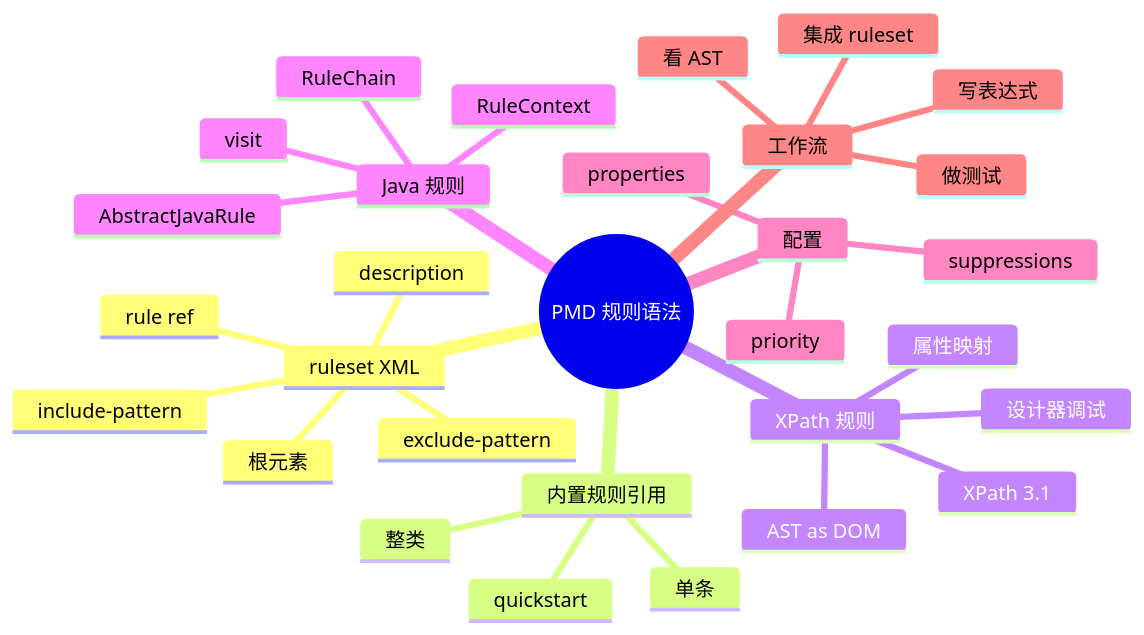
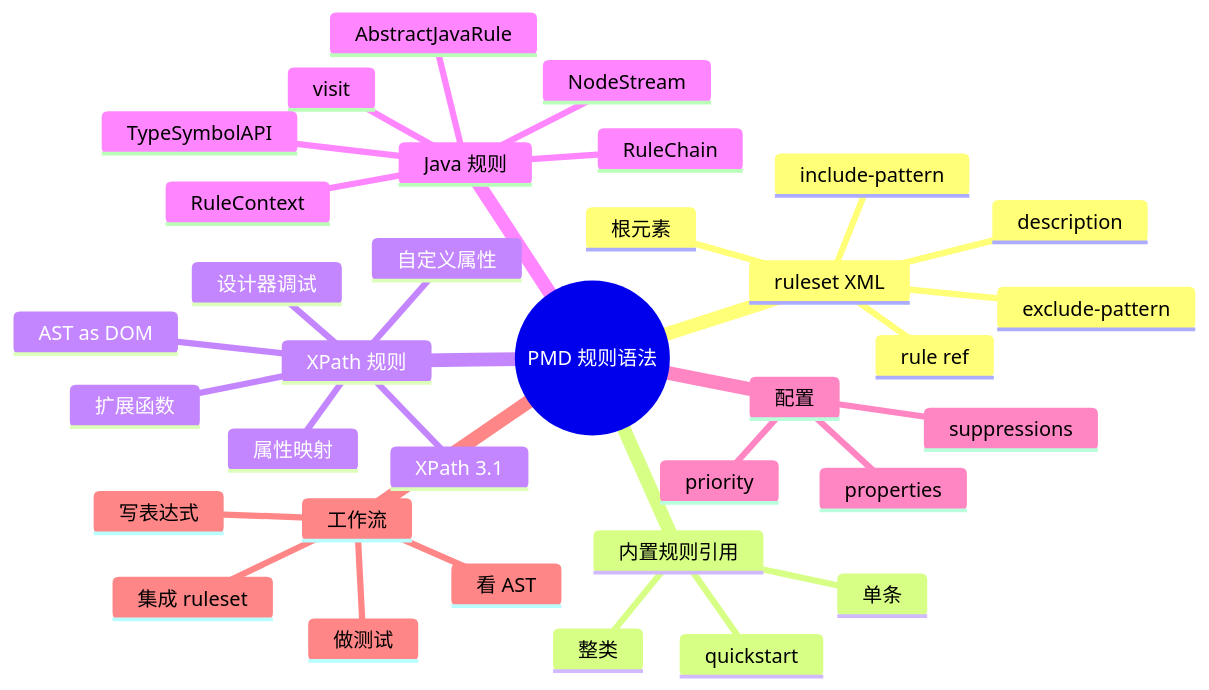
One commit to invoke1442/Playground changed the diagram in Skills/tech-learning/workspace/pmd-learning/.mermaid-check/05-pmd-rule-syntax.mmd. Above: the diagram before and after it, drawn with Mermaid. The commit also changed 399 other files, not shown here.

```diff
--- a/Skills/tech-learning/workspace/pmd-learning/.mermaid-check/05-pmd-rule-syntax.mmd
+++ b/Skills/tech-learning/workspace/pmd-learning/.mermaid-check/05-pmd-rule-syntax.mmd
@@ -1,31 +1,35 @@
 mindmap
   root((PMD 规则语法))
     ruleset XML
       根元素
       description
       rule ref
       exclude-pattern
       include-pattern
     内置规则引用
       单条
       整类
       quickstart
     XPath 规则
       XPath 3.1
       AST as DOM
       属性映射
+      自定义属性
+      扩展函数
       设计器调试
     Java 规则
       AbstractJavaRule
       visit
       RuleContext
       RuleChain
+      NodeStream
+      TypeSymbolAPI
     配置
       priority
       properties
       suppressions
     工作流
       看 AST
       写表达式
       做测试
       集成 ruleset
```
